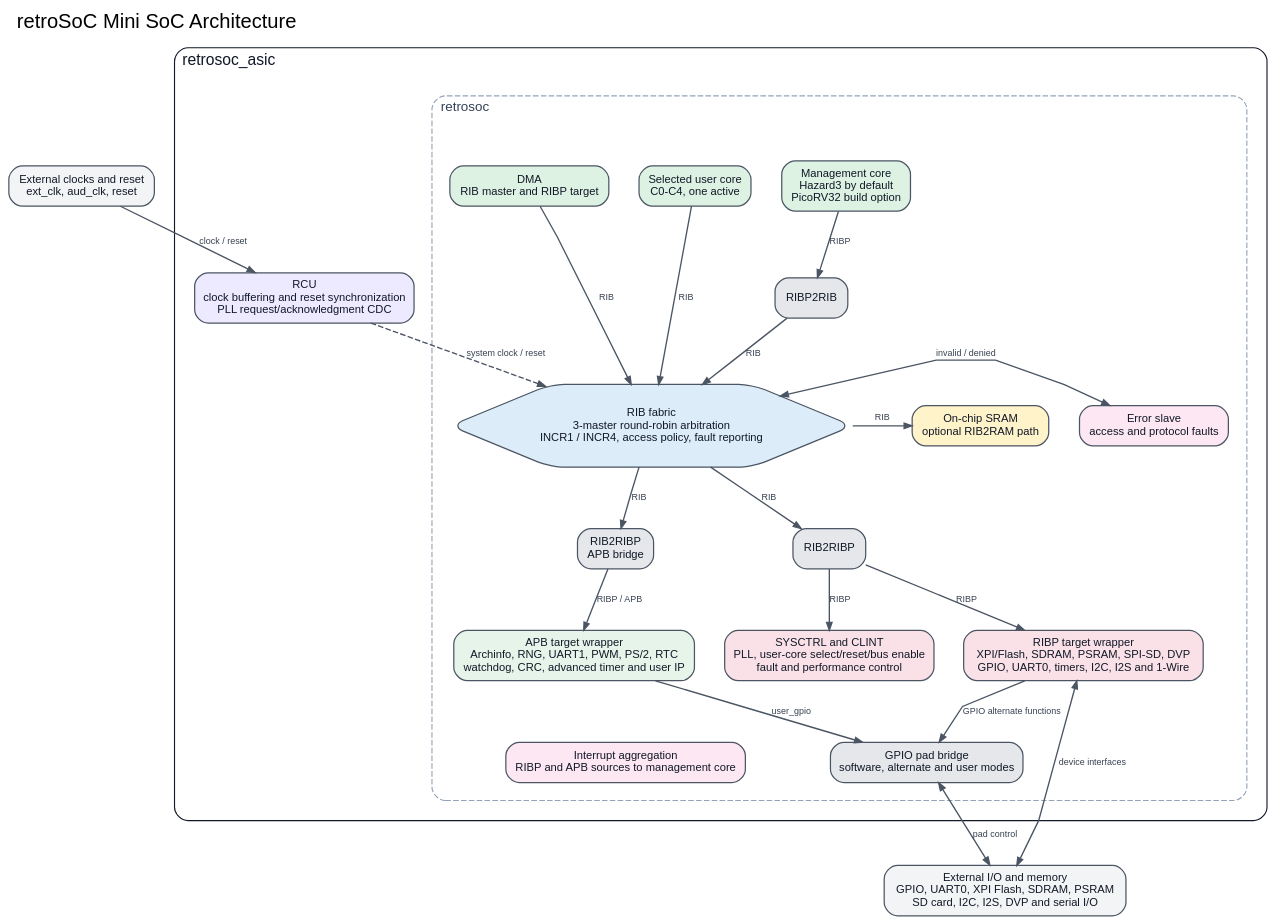
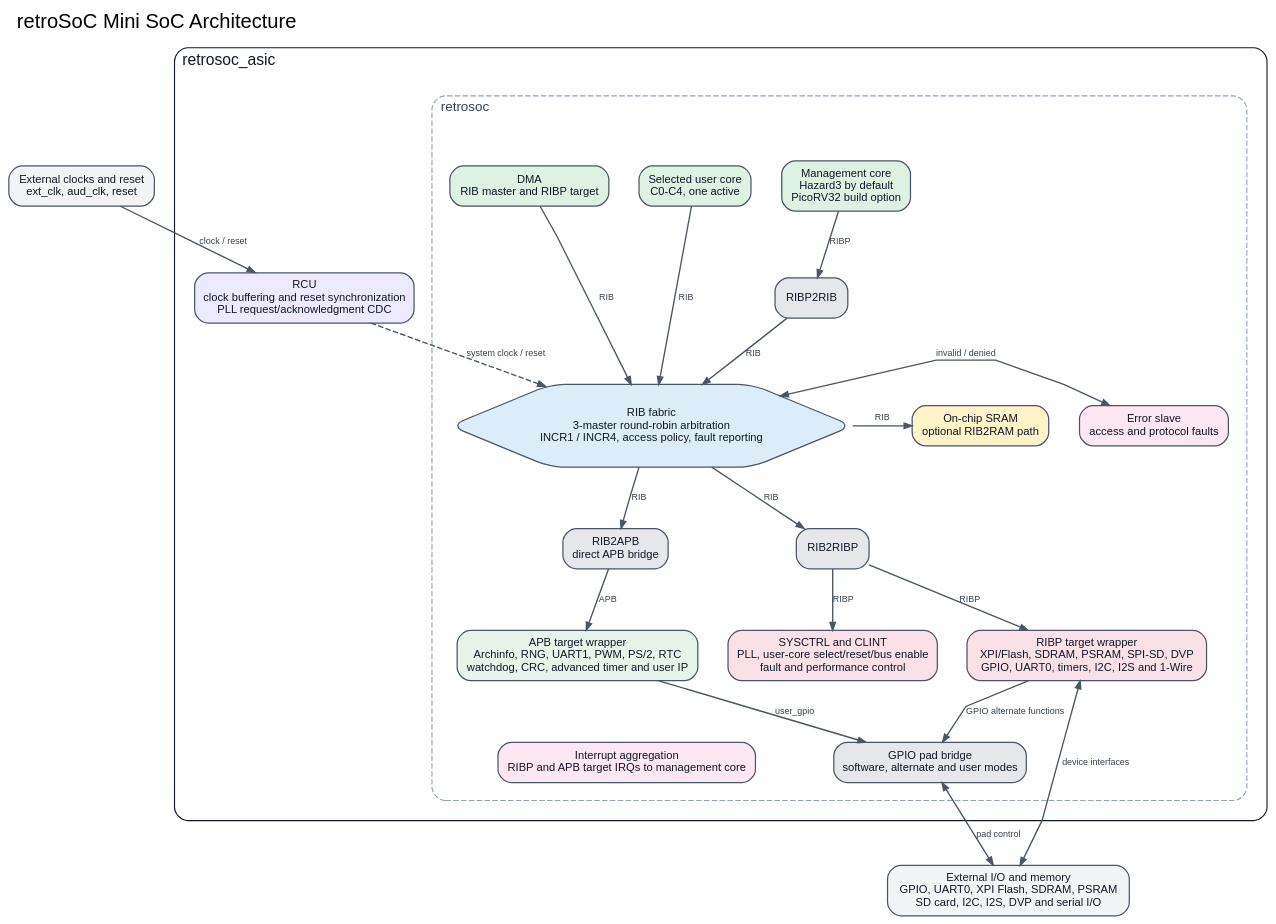
One commit to retroSoC/retroSoC changed the diagram in docs/mini-soc-block-diagram.dot. Above: the diagram before and after it, drawn with Graphviz. The commit also changed 26 other files, not shown here.

First line of the commit message:
feat: refactor RIB to APB bridge and update related components

```diff
--- a/docs/mini-soc-block-diagram.dot
+++ b/docs/mini-soc-block-diagram.dot
@@ -1,158 +1,158 @@
 // Mini SoC architecture overview.
 // Render with: dot -Tsvg docs/mini-soc-block-diagram.dot -o docs/mini-soc-block-diagram.svg
 // Sources of truth: rtl/mini/top/{retrosoc_asic,retrosoc,bus}.sv and
 // rtl/mini/integration/{soc_topology,user_extensions,clock_reset_domains}.json.
 digraph mini_soc_block_diagram {
   graph [
     bgcolor="transparent",
     compound=true,
     fontname="Arial",
     fontsize=18,
     label="retroSoC Mini SoC Architecture",
     labelloc="t",
     labeljust="l",
     newrank=true,
     nodesep=0.38,
     rankdir=TB,
     ranksep=0.62,
     splines=polyline
   ];
 
   node [
     color="#4B5563",
     fontcolor="#111827",
     fontname="Arial",
     fontsize=10,
     margin="0.12,0.08",
     penwidth=1.1,
     shape=box,
     style="rounded,filled"
   ];
   edge [
     arrowsize=0.7,
     color="#4B5563",
     fontcolor="#374151",
     fontname="Arial",
     fontsize=8,
     penwidth=1.2
   ];
 
   ext_clock [
     fillcolor="#F3F4F6",
     label="External clocks and reset\next_clk, aud_clk, reset"
   ];
   ext_io [
     fillcolor="#F3F4F6",
     label="External I/O and memory\nGPIO, UART0, XPI Flash, SDRAM, PSRAM\nSD card, I2C, I2S, DVP and serial I/O"
   ];
 
   subgraph cluster_asic {
     color="#111827";
     fontcolor="#111827";
     fontname="Arial";
     fontsize=14;
     label="retrosoc_asic";
     margin=18;
     style="rounded";
 
     rcu [
       fillcolor="#EDE9FE",
       label="RCU\nclock buffering and reset synchronization\nPLL request/acknowledgment CDC"
     ];
 
     subgraph cluster_soc {
       color="#94A3B8";
       fontcolor="#334155";
       fontname="Arial";
       fontsize=12;
       label="retrosoc";
       margin=16;
       style="rounded,dashed";
 
       mgmt_core [
         fillcolor="#DDF2E3",
         label="Management core\nHazard3 by default\nPicoRV32 build option"
       ];
       mgmt_adapter [
         fillcolor="#E5E7EB",
         label="RIBP2RIB"
       ];
       user_core [
         fillcolor="#DDF2E3",
         label="Selected user core\nC0-C4, one active"
       ];
       dma [
         fillcolor="#DDF2E3",
         label="DMA\nRIB master and RIBP target"
       ];
       fabric [
         fillcolor="#DCECF8",
         label="RIB fabric\n3-master round-robin arbitration\nINCR1 / INCR4, access policy, fault reporting",
         shape=hexagon
       ];
       fault [
         fillcolor="#FCE7F3",
         label="Error slave\naccess and protocol faults"
       ];
       sram [
         fillcolor="#FFF3C9",
         label="On-chip SRAM\noptional RIB2RAM path"
       ];
       ribp_adapter [
         fillcolor="#E5E7EB",
         label="RIB2RIBP"
       ];
       apb_adapter [
         fillcolor="#E5E7EB",
-        label="RIB2RIBP\nAPB bridge"
+        label="RIB2APB\ndirect APB bridge"
       ];
       sysctrl [
         fillcolor="#F9E1E7",
         label="SYSCTRL and CLINT\nPLL, user-core select/reset/bus enable\nfault and performance control"
       ];
       ribp_targets [
         fillcolor="#F9E1E7",
         label="RIBP target wrapper\nXPI/Flash, SDRAM, PSRAM, SPI-SD, DVP\nGPIO, UART0, timers, I2C, I2S and 1-Wire"
       ];
       apb_targets [
         fillcolor="#E6F4EA",
         label="APB target wrapper\nArchinfo, RNG, UART1, PWM, PS/2, RTC\nwatchdog, CRC, advanced timer and user IP"
       ];
       gpio_bridge [
         fillcolor="#E5E7EB",
         label="GPIO pad bridge\nsoftware, alternate and user modes"
       ];
       irq [
         fillcolor="#FCE7F3",
-        label="Interrupt aggregation\nRIBP and APB sources to management core"
+        label="Interrupt aggregation\nRIBP and APB target IRQs to management core"
       ];
     }
   }
 
   { rank=same; mgmt_core; user_core; dma; }
   { rank=same; fault; fabric; sram; }
   { rank=same; ribp_adapter; apb_adapter; }
   { rank=same; sysctrl; ribp_targets; apb_targets; }
   { rank=same; gpio_bridge; irq; }
 
   ext_clock -> rcu [label="clock / reset"];
   rcu -> fabric [label="system clock / reset", style=dashed];
 
   mgmt_core -> mgmt_adapter [label="RIBP"];
   mgmt_adapter -> fabric [label="RIB"];
   user_core -> fabric [label="RIB"];
   dma -> fabric [label="RIB"];
 
   fabric -> fault [label="invalid / denied", dir=both];
   fabric -> sram [label="RIB"];
   fabric -> ribp_adapter [label="RIB"];
   fabric -> apb_adapter [label="RIB"];
   ribp_adapter -> sysctrl [label="RIBP"];
   ribp_adapter -> ribp_targets [label="RIBP"];
-  apb_adapter -> apb_targets [label="RIBP / APB"];
+  apb_adapter -> apb_targets [label="APB"];
 
   ribp_targets -> gpio_bridge [label="GPIO alternate functions"];
   apb_targets -> gpio_bridge [label="user_gpio"];
   ribp_targets -> ext_io [dir=both, label="device interfaces"];
   gpio_bridge -> ext_io [dir=both, label="pad control"];
 }
```
